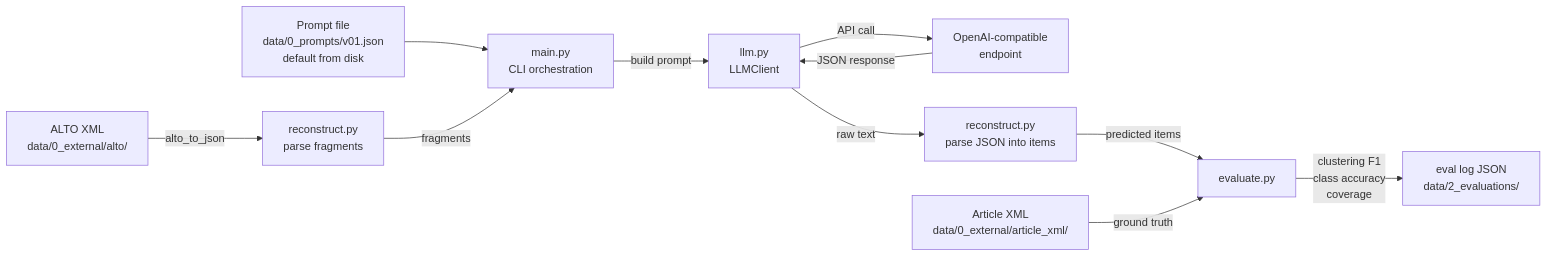
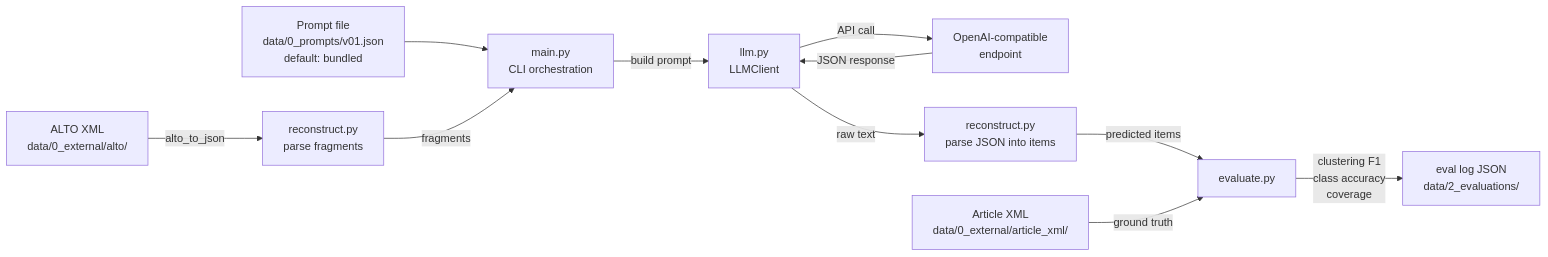
One commit to jmiguelv/newspaper-reconstructor changed the diagram in README.md. Above: the diagram before and after it, drawn with Mermaid. The commit also changed other lines of this file and 1 other file, not shown here.

````diff
--- a/README.md
+++ b/README.md
@@ -9,13 +9,13 @@
 ```mermaid
 flowchart LR
     ALTO["ALTO XML<br/>data/0_external/alto/"] -->|alto_to_json| RECON["reconstruct.py<br/>parse fragments"]
-    PROMPT["Prompt file<br/>data/0_prompts/v01.json<br/>default from disk"] --> MAIN["main.py<br/>CLI orchestration"]
+    PROMPT["Prompt file<br/>data/0_prompts/v01.json<br/>default: bundled"] --> MAIN["main.py<br/>CLI orchestration"]
     RECON -->|fragments| MAIN["main.py<br/>CLI orchestration"]
     MAIN -->|build prompt| LLM["llm.py<br/>LLMClient"]
     LLM -->|API call| API["OpenAI-compatible<br/>endpoint"]
     API -->|JSON response| LLM
     LLM -->|raw text| RECON2["reconstruct.py<br/>parse JSON into items"]
     RECON2 -->|predicted items| EVAL["evaluate.py"]
     ARTXML["Article XML<br/>data/0_external/article_xml/"] -->|ground truth| EVAL
     EVAL -->|clustering F1<br/>class accuracy<br/>coverage| LOG["eval log JSON<br/>data/2_evaluations/"]
 ```
````
